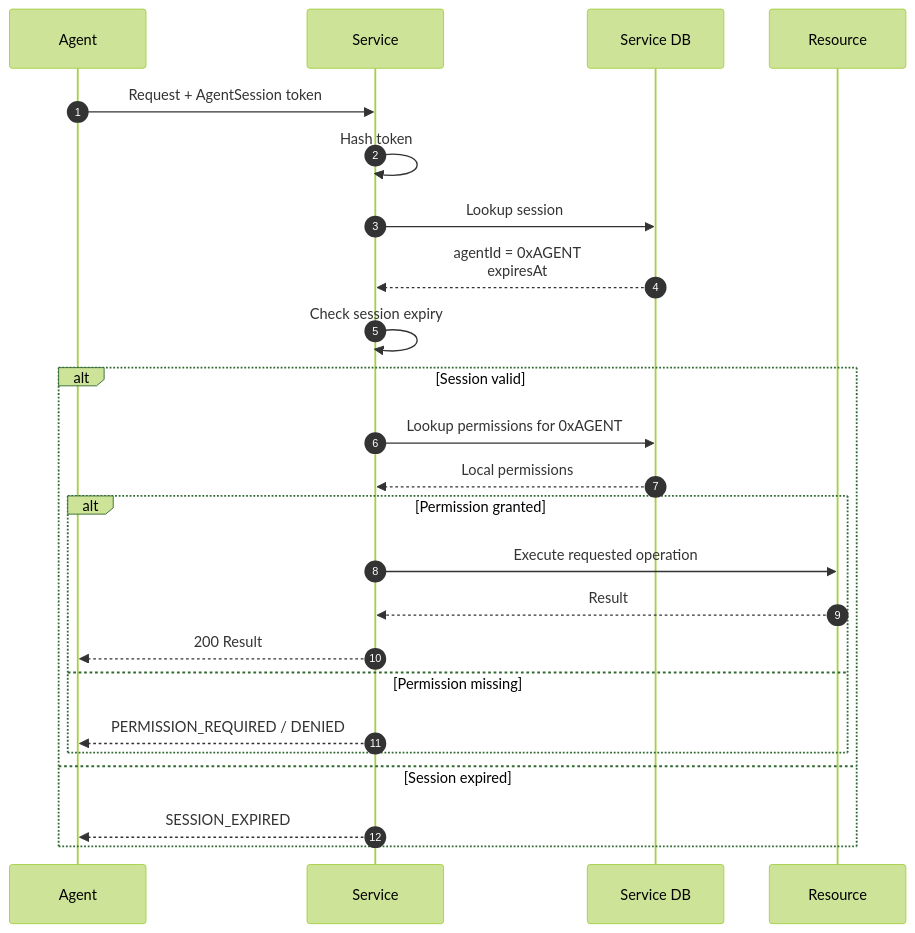
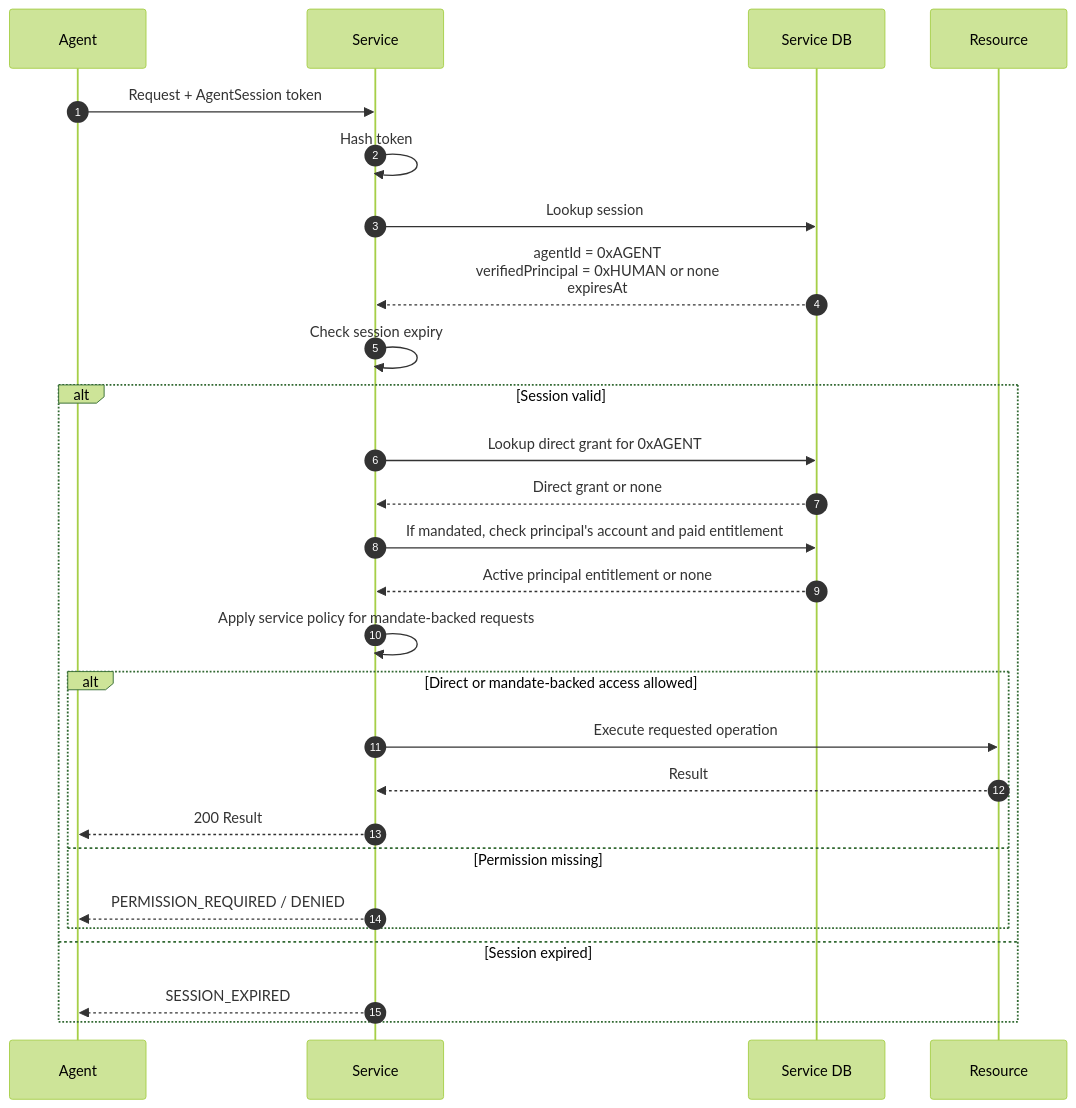
Before and after one commit to ryuux05/eth-tokyo-2026: the third of 3 diagrams in docs/PROTOCOL.md, drawn with Mermaid (forest theme). The commit also changed other lines of this file and 2 other files, not shown here.

Commit message:
Document agent identity and user mandate model

````diff
--- a/docs/PROTOCOL.md
+++ b/docs/PROTOCOL.md
@@ -212,34 +220,37 @@
 ```mermaid
 sequenceDiagram
     autonumber
 
     participant A as Agent
     participant S as Service
     participant DB as Service DB
     participant R as Resource
 
     A->>S: Request + AgentSession token
 
     S->>S: Hash token
     S->>DB: Lookup session
 
-    DB-->>S: agentId = 0xAGENT<br/>expiresAt
+    DB-->>S: agentId = 0xAGENT<br/>verifiedPrincipal = 0xHUMAN or none<br/>expiresAt
 
     S->>S: Check session expiry
 
     alt Session valid
-        S->>DB: Lookup permissions for 0xAGENT
-        DB-->>S: Local permissions
+        S->>DB: Lookup direct grant for 0xAGENT
+        DB-->>S: Direct grant or none
+        S->>DB: If mandated, check principal's account and paid entitlement
+        DB-->>S: Active principal entitlement or none
+        S->>S: Apply service policy for mandate-backed requests
 
-        alt Permission granted
+        alt Direct or mandate-backed access allowed
             S->>R: Execute requested operation
             R-->>S: Result
             S-->>A: 200 Result
         else Permission missing
             S-->>A: PERMISSION_REQUIRED / DENIED
         end
 
     else Session expired
         S-->>A: SESSION_EXPIRED
     end
 ```
````
